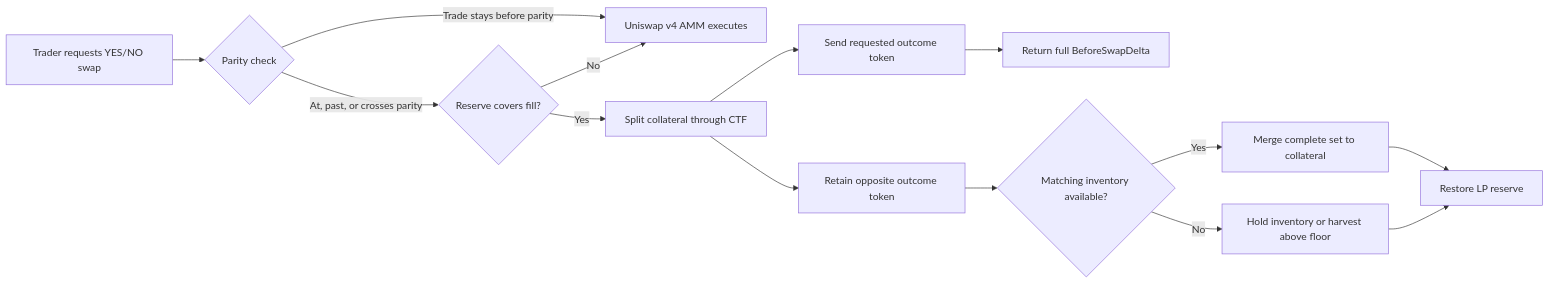
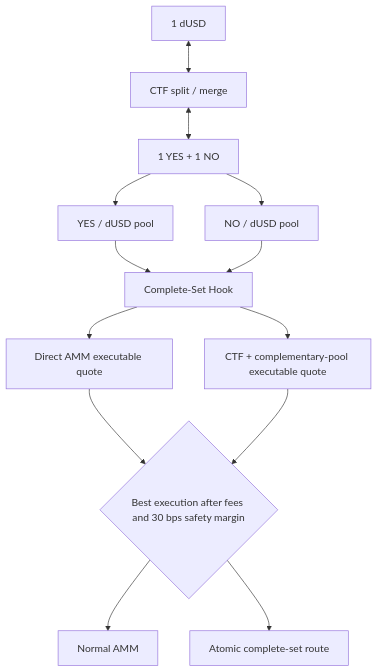
One commit to JamesVictor-O/Complete-Set-Internalization-Hook changed the diagram in README.md. Above: the diagram before and after it, drawn with Mermaid. The commit also changed other lines of this file and 37 other files, not shown here.

Commit message:
Refactor hook for collateral-denominated markets

````diff
--- a/README.md
+++ b/README.md
@@ -68,16 +35,15 @@
 ```mermaid
-flowchart LR
-    T[Trader requests YES/NO swap] --> Q{Parity check}
-    Q -->|Trade stays before parity| A[Uniswap v4 AMM executes]
-    Q -->|At, past, or crosses parity| R{Reserve covers fill?}
-    R -->|No| A
-    R -->|Yes| S[Split collateral through CTF]
-    S --> O[Send requested outcome token]
-    S --> I[Retain opposite outcome token]
-    O --> D[Return full BeforeSwapDelta]
-    I --> M{Matching inventory available?}
-    M -->|Yes| C[Merge complete set to collateral]
-    M -->|No| H[Hold inventory or harvest above floor]
-    C --> V[Restore LP reserve]
-    H --> V
+flowchart TB
+    C[1 dUSD] <--> S[CTF split / merge]
+    S <--> SET[1 YES + 1 NO]
+    SET --> Y[YES / dUSD pool]
+    SET --> N[NO / dUSD pool]
+    Y --> H[Complete-Set Hook]
+    N --> H
+    H --> A[Direct AMM executable quote]
+    H --> X[CTF + complementary-pool executable quote]
+    A --> B{Best execution after fees and 30 bps safety margin}
+    X --> B
+    B --> D[Normal AMM]
+    B --> E[Atomic complete-set route]
 ```
````
